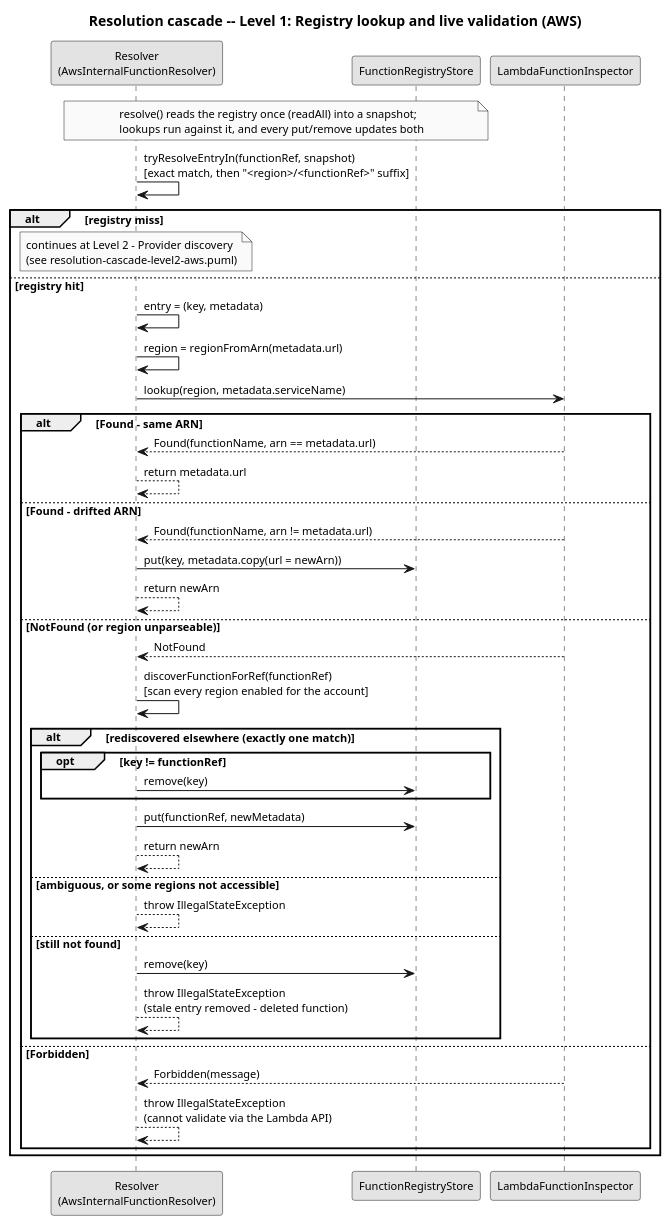
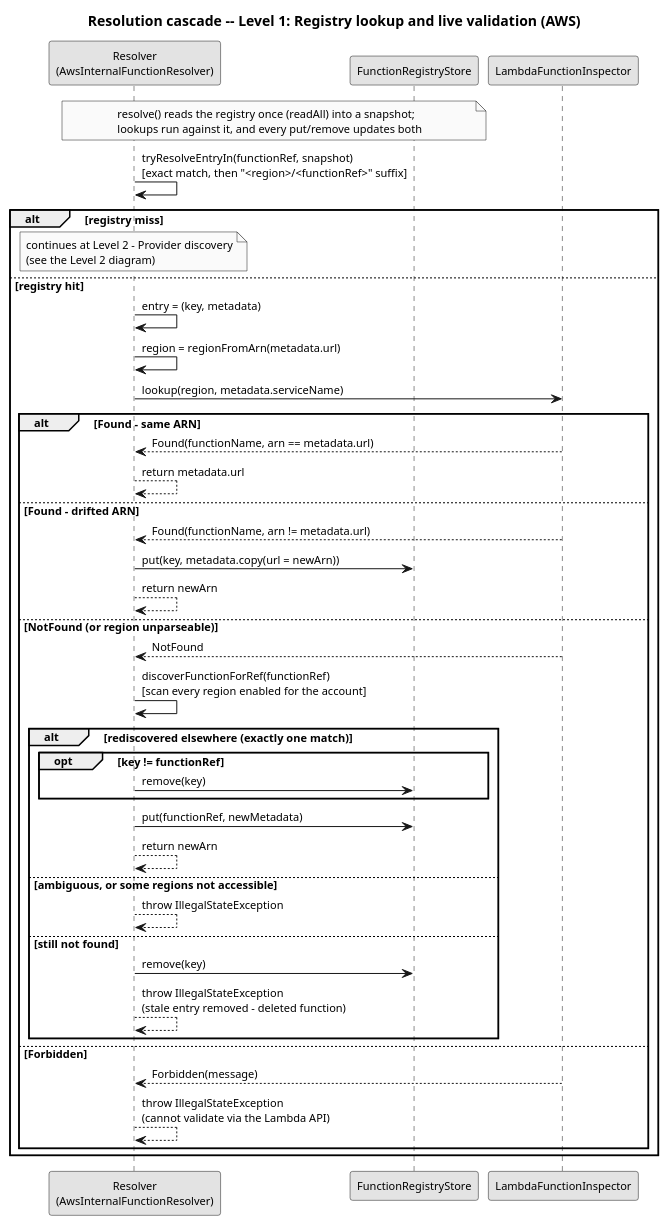
One commit to EngenheiroPedroCarvalho/ISEL-Thesis-2526 changed the diagram in diagrams/resolution-cascade-level1-aws.puml. Above: the diagram before and after it, drawn with PlantUML. The commit also changed 28 other files, not shown here.

First line of the commit message:
Align the thesis diagrams with the code and the text

```diff
--- a/diagrams/resolution-cascade-level1-aws.puml
+++ b/diagrams/resolution-cascade-level1-aws.puml
@@ -1,53 +1,53 @@
 @startuml resolution-cascade-level1-aws
 skinparam monochrome true
 skinparam shadowing false
 skinparam defaultFontSize 11
 title Resolution cascade -- Level 1: Registry lookup and live validation (AWS)
 
 participant "Resolver\n(AwsInternalFunctionResolver)" as R
 participant "FunctionRegistryStore" as REG
 participant "LambdaFunctionInspector" as AI
 
 note over R, REG
   resolve() reads the registry once (readAll) into a snapshot;
   lookups run against it, and every put/remove updates both
 end note
 R -> R : tryResolveEntryIn(functionRef, snapshot)\n[exact match, then "<region>/<functionRef>" suffix]
 alt registry miss
   note over R
     continues at Level 2 - Provider discovery
-    (see resolution-cascade-level2-aws.puml)
+    (see the Level 2 diagram)
   end note
 else registry hit
   R -> R : entry = (key, metadata)
   R -> R : region = regionFromArn(metadata.url)
 
   R -> AI : lookup(region, metadata.serviceName)
   alt Found - same ARN
     AI --> R : Found(functionName, arn == metadata.url)
     R --> R : return metadata.url
   else Found - drifted ARN
     AI --> R : Found(functionName, arn != metadata.url)
     R -> REG : put(key, metadata.copy(url = newArn))
     R --> R : return newArn
   else NotFound (or region unparseable)
     AI --> R : NotFound
     R -> R : discoverFunctionForRef(functionRef)\n[scan every region enabled for the account]
     alt rediscovered elsewhere (exactly one match)
       opt key != functionRef
         R -> REG : remove(key)
       end
       R -> REG : put(functionRef, newMetadata)
       R --> R : return newArn
     else ambiguous, or some regions not accessible
       R --> R : throw IllegalStateException
     else still not found
       R -> REG : remove(key)
       R --> R : throw IllegalStateException\n(stale entry removed - deleted function)
     end
   else Forbidden
     AI --> R : Forbidden(message)
     R --> R : throw IllegalStateException\n(cannot validate via the Lambda API)
   end
 end
 @enduml
```
